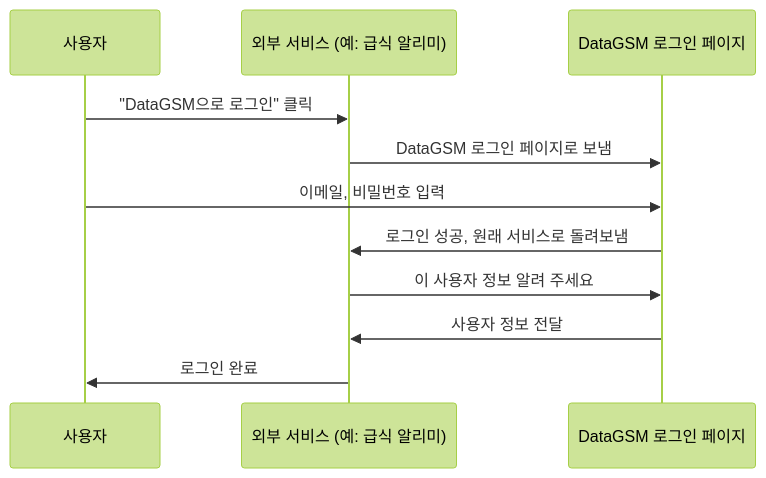
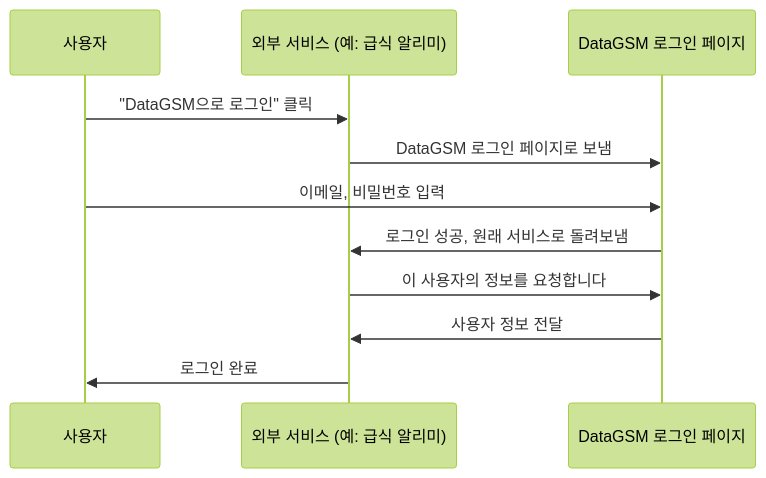
The diagram in 01. 도메인 설명/02. 로그인 (OAuth).md (ZaMan0806/datagsm-handover), drawn with Mermaid (forest theme) before and after one commit. The commit also changed other lines of this file, not shown here.

````diff
--- a/01. 도메인 설명/02. 로그인 (OAuth).md
+++ b/01. 도메인 설명/02. 로그인 (OAuth).md
@@ -33,14 +33,14 @@
 ```mermaid
 sequenceDiagram
     participant U as 사용자
     participant S as 외부 서비스 (예: 급식 알리미)
     participant D as DataGSM 로그인 페이지
 
     U->>S: "DataGSM으로 로그인" 클릭
     S->>D: DataGSM 로그인 페이지로 보냄
     U->>D: 이메일, 비밀번호 입력
     D->>S: 로그인 성공, 원래 서비스로 돌려보냄
-    S->>D: 이 사용자 정보 알려 주세요
+    S->>D: 이 사용자의 정보를 요청합니다
     D->>S: 사용자 정보 전달
     S->>U: 로그인 완료
 ```
````
